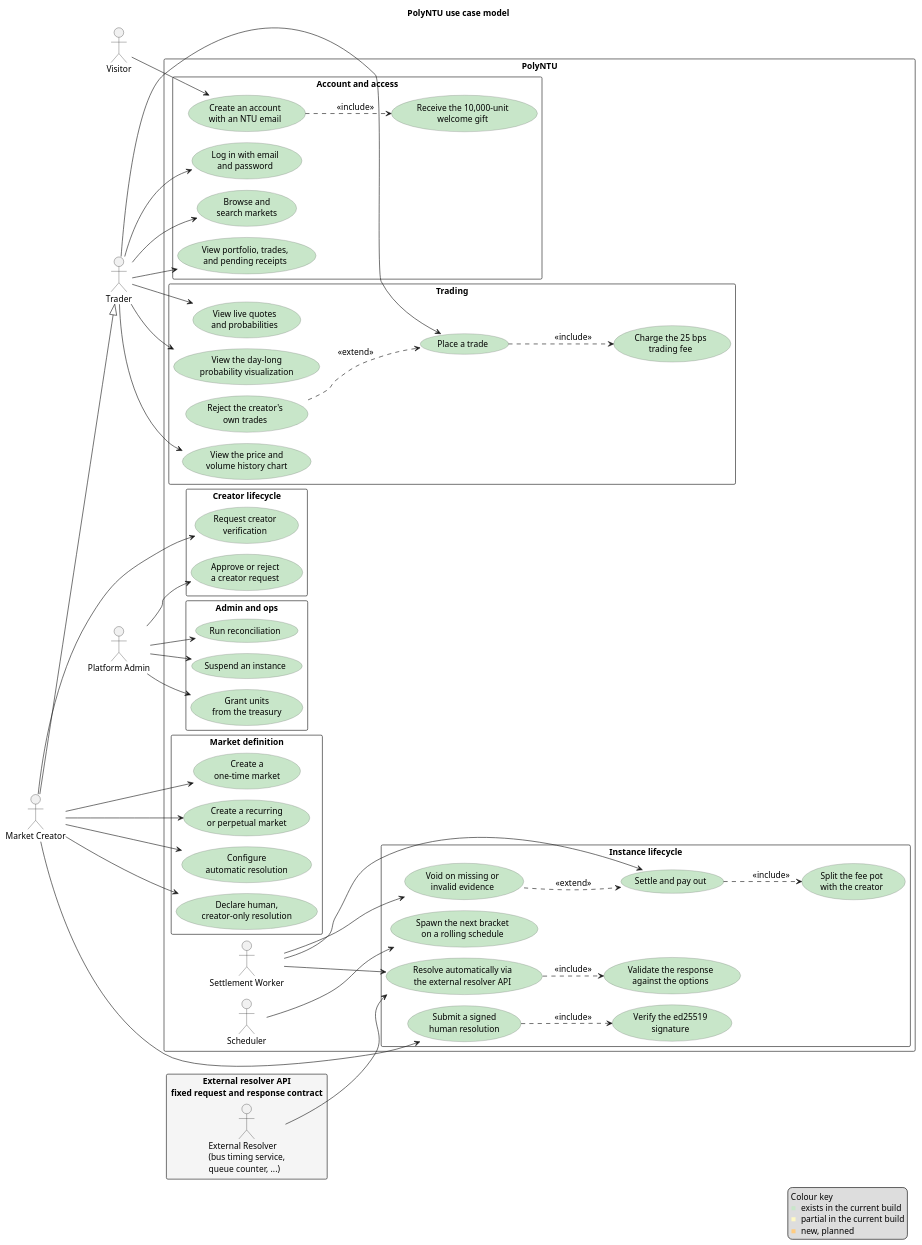
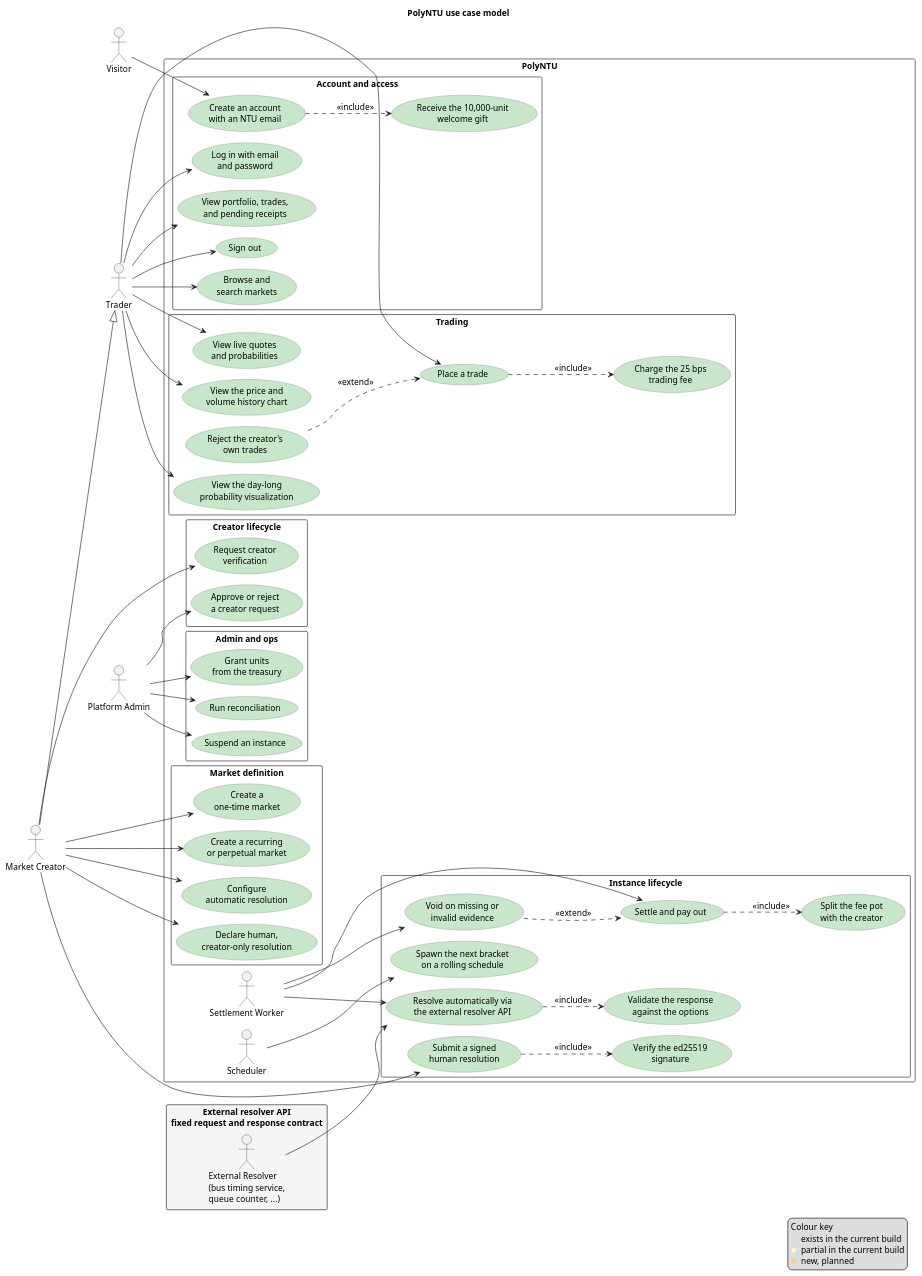
One commit to sagar2377/PolyNTU changed the diagram in docs/diagrams/use-case.puml. Above: the diagram before and after it, drawn with PlantUML. The commit also changed 10 other files, not shown here.

```diff
--- a/docs/diagrams/use-case.puml
+++ b/docs/diagrams/use-case.puml
@@ -1,114 +1,116 @@
 @startuml
 !pragma layout smetana
 left to right direction
 skinparam packageStyle rectangle
 skinparam shadowing false
 skinparam defaultFontSize 14
 skinparam usecaseBorderColor #7A7A7A
 skinparam arrowFontSize 14
 skinparam legendFontSize 14
 title PolyNTU use case model
 
 actor Visitor
 actor Trader
 actor "Market Creator" as Creator
 Creator --|> Trader
 actor "Platform Admin" as Admin
 
 rectangle "PolyNTU" {
   actor "Scheduler" as Scheduler
   actor "Settlement Worker" as Worker
 
   package "Account and access" {
     usecase "Create an account\nwith an NTU email" as UC1 #C8E6C9
     usecase "Log in with email\nand password" as UC2 #C8E6C9
+    usecase "Sign out" as UC25 #C8E6C9
     usecase "Receive the 10,000-unit\nwelcome gift" as UC3 #C8E6C9
     usecase "View portfolio, trades,\nand pending receipts" as UC4 #C8E6C9
     usecase "Browse and\nsearch markets" as UC5 #C8E6C9
   }
 
   package "Creator lifecycle" {
     usecase "Request creator\nverification" as UC6 #C8E6C9
     usecase "Approve or reject\na creator request" as UC7 #C8E6C9
   }
 
   package "Market definition" {
     usecase "Create a\none-time market" as UC8 #C8E6C9
     usecase "Create a recurring\nor perpetual market" as UC9 #C8E6C9
     usecase "Configure\nautomatic resolution" as UC10 #C8E6C9
     usecase "Declare human,\ncreator-only resolution" as UC11 #C8E6C9
   }
 
   package "Instance lifecycle" {
     usecase "Spawn the next bracket\non a rolling schedule" as UC12 #C8E6C9
     usecase "Resolve automatically via\nthe external resolver API" as UC13 #C8E6C9
     usecase "Validate the response\nagainst the options" as UC13a #C8E6C9
     usecase "Submit a signed\nhuman resolution" as UC14 #C8E6C9
     usecase "Verify the ed25519\nsignature" as UC14a #C8E6C9
     usecase "Settle and pay out" as UC15 #C8E6C9
     usecase "Split the fee pot\nwith the creator" as UC16 #C8E6C9
     usecase "Void on missing or\ninvalid evidence" as UC17 #C8E6C9
   }
 
   package "Trading" {
     usecase "View live quotes\nand probabilities" as UC18 #C8E6C9
     usecase "View the price and\nvolume history chart" as UC19 #C8E6C9
     usecase "Place a trade" as UC20 #C8E6C9
     usecase "Charge the 25 bps\ntrading fee" as UC20a #C8E6C9
     usecase "Reject the creator's\nown trades" as UC20b #C8E6C9
     usecase "View the day-long\nprobability visualization" as UC21 #C8E6C9
   }
 
   package "Admin and ops" {
     usecase "Suspend an instance" as UC22 #C8E6C9
     usecase "Grant units\nfrom the treasury" as UC23 #C8E6C9
     usecase "Run reconciliation" as UC24 #C8E6C9
   }
 }
 
 rectangle "External resolver API\nfixed request and response contract" as ResolverBoundary #F5F5F5 {
   actor "External Resolver\n(bus timing service,\nqueue counter, ...)" as Resolver
 }
 
 Visitor --> UC1
 Trader --> UC2
+Trader --> UC25
 Trader --> UC4
 Trader --> UC5
 Trader --> UC18
 Trader --> UC19
 Trader --> UC20
 Trader --> UC21
 
 Creator --> UC6
 Creator --> UC8
 Creator --> UC9
 Creator --> UC10
 Creator --> UC11
 Creator --> UC14
 
 Admin --> UC7
 Admin --> UC22
 Admin --> UC23
 Admin --> UC24
 
 Scheduler --> UC12
 Worker --> UC13
 Worker --> UC15
 Worker --> UC17
 Resolver --> UC13
 
 UC1 ..> UC3 : <<include>>
 UC13 ..> UC13a : <<include>>
 UC14 ..> UC14a : <<include>>
 UC15 ..> UC16 : <<include>>
 UC20 ..> UC20a : <<include>>
 UC17 ..> UC15 : <<extend>>
 UC20b ..> UC20 : <<extend>>
 
 legend right
   Colour key
   <color:#C8E6C9>■</color> exists in the current build
   <color:#FFF9C4>■</color> partial in the current build
   <color:#FFCC80>■</color> new, planned
 endlegend
 @enduml
```
